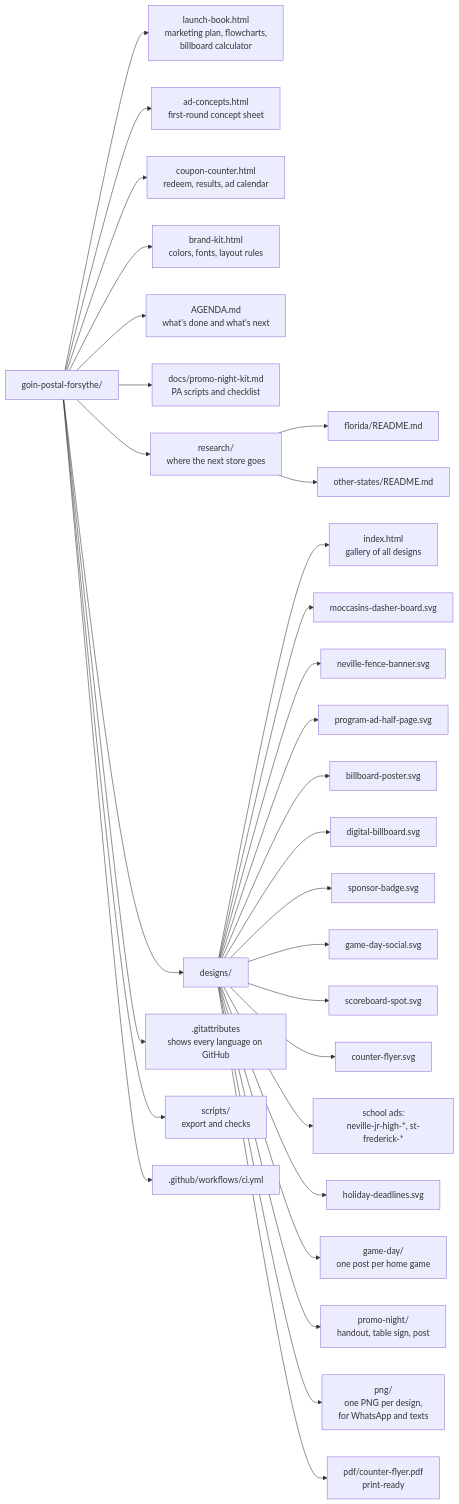
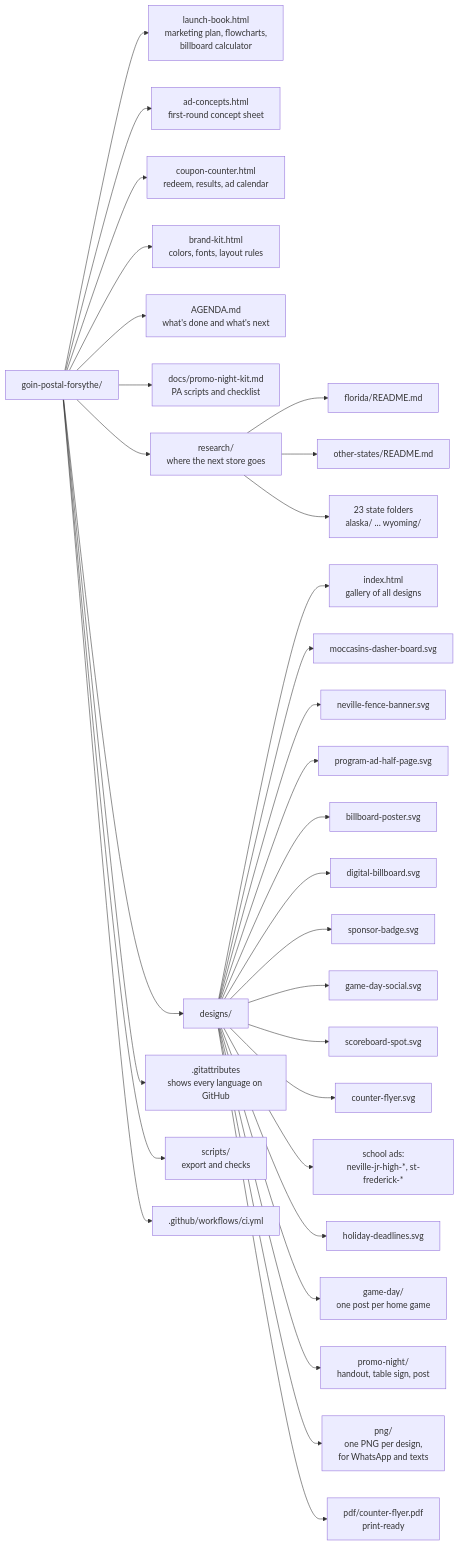
One commit to wbp318/goin-postal-forsythe changed the tenth of 24 diagrams in README.md. Above: the diagram before and after it, drawn with Mermaid. The commit also changed other lines of this file and 26 other files, not shown here.

````diff
--- a/README.md
+++ b/README.md
@@ -596,32 +672,33 @@
 ```mermaid
 flowchart LR
   R["goin-postal-forsythe/"] --> A["launch-book.html<br/>marketing plan, flowcharts,<br/>billboard calculator"]
   R --> B["ad-concepts.html<br/>first-round concept sheet"]
   R --> CC["coupon-counter.html<br/>redeem, results, ad calendar"]
   R --> BK["brand-kit.html<br/>colors, fonts, layout rules"]
   R --> AG["AGENDA.md<br/>what's done and what's next"]
   R --> DOC["docs/promo-night-kit.md<br/>PA scripts and checklist"]
   R --> RS["research/<br/>where the next store goes"]
   RS --> RS1["florida/README.md"]
   RS --> RS2["other-states/README.md"]
+  RS --> RS3["23 state folders<br/>alaska/ ... wyoming/"]
   R --> D["designs/"]
   R --> G[".gitattributes<br/>shows every language on GitHub"]
   D --> D0["index.html<br/>gallery of all designs"]
   D --> D1["moccasins-dasher-board.svg"]
   D --> D2["neville-fence-banner.svg"]
   D --> D3["program-ad-half-page.svg"]
   D --> D4["billboard-poster.svg"]
   D --> D5["digital-billboard.svg"]
   D --> D6["sponsor-badge.svg"]
   D --> D7["game-day-social.svg"]
   D --> D8["scoreboard-spot.svg"]
   D --> D9["counter-flyer.svg"]
   D --> D10["school ads:<br/>neville-jr-high-*, st-frederick-*"]
   D --> D11["holiday-deadlines.svg"]
   D --> GD["game-day/<br/>one post per home game"]
   D --> PN["promo-night/<br/>handout, table sign, post"]
   D --> P["png/<br/>one PNG per design,<br/>for WhatsApp and texts"]
   D --> F["pdf/counter-flyer.pdf<br/>print-ready"]
   R --> S["scripts/<br/>export and checks"]
   R --> W[".github/workflows/ci.yml"]
 ```
````
